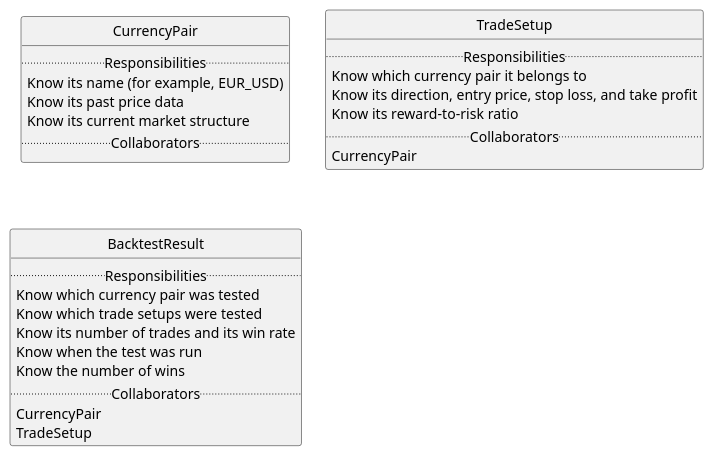
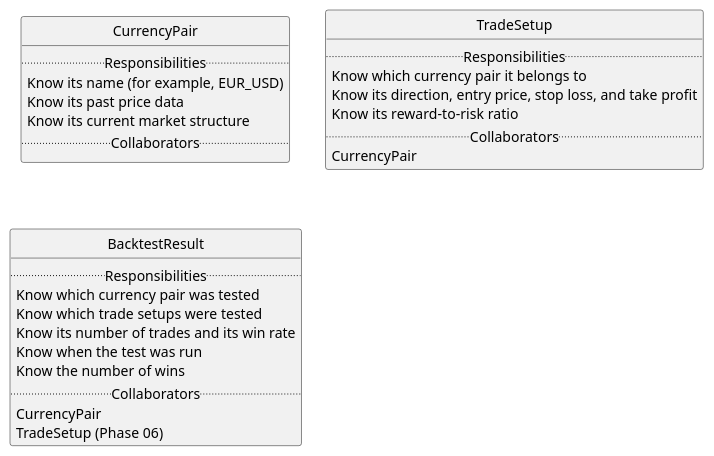
One commit to dan119524/nexus-trade changed the diagram in docs/design/uml/crc.puml. Above: the diagram before and after it, drawn with PlantUML. The commit also changed 16 other files, not shown here.

```diff
--- a/docs/design/uml/crc.puml
+++ b/docs/design/uml/crc.puml
@@ -1,35 +1,35 @@
 @startuml crc
 ' Source: docs/design/requirements.md, section "CRC Analysis"
 ' CRC cards only: no relationship arrows between cards.
 skinparam classAttributeIconSize 0
 hide circle
 
 class CurrencyPair {
   .. Responsibilities ..
   Know its name (for example, EUR_USD)
   Know its past price data
   Know its current market structure
   .. Collaborators ..
 }
 
 class TradeSetup {
   .. Responsibilities ..
   Know which currency pair it belongs to
   Know its direction, entry price, stop loss, and take profit
   Know its reward-to-risk ratio
   .. Collaborators ..
   CurrencyPair
 }
 
 class BacktestResult {
   .. Responsibilities ..
   Know which currency pair was tested
   Know which trade setups were tested
   Know its number of trades and its win rate
   Know when the test was run
   Know the number of wins
   .. Collaborators ..
   CurrencyPair
-  TradeSetup
+  TradeSetup (Phase 06)
 }
 @enduml
```
